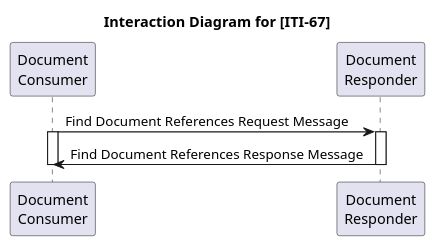
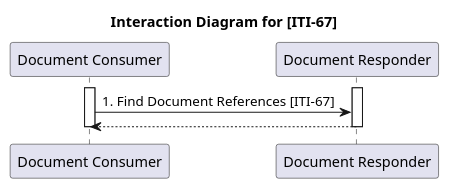
The diagram in input/images-source/MHD_ActorDiagram_ITI-67.plantuml (ehealthsuisse/ch-epr-fhir), drawn with PlantUML before and after one commit. The commit also changed 31 other files, not shown here.

```diff
--- a/input/images-source/MHD_ActorDiagram_ITI-67.plantuml
+++ b/input/images-source/MHD_ActorDiagram_ITI-67.plantuml
@@ -1,16 +1,14 @@
 @startuml
 
 title Interaction Diagram for [ITI-67]
 
-participant consumer as "Document\nConsumer"
-participant responder as "Document\nResponder"
-
-consumer -> responder: Find Document References Request Message
-activate consumer
-activate responder
-
-responder -> consumer: Find Document References Response Message
-deactivate responder
-deactivate consumer
+participant "Document Consumer" as DocumentConsumer
+participant "Document Responder" as DocumentResponder
+activate "DocumentConsumer"
+activate "DocumentResponder"
+"DocumentConsumer" -> "DocumentResponder" : 1. Find Document References [ITI-67]
+return
+deactivate "DocumentConsumer"
+deactivate "DocumentResponder"
 
 @enduml 
```
